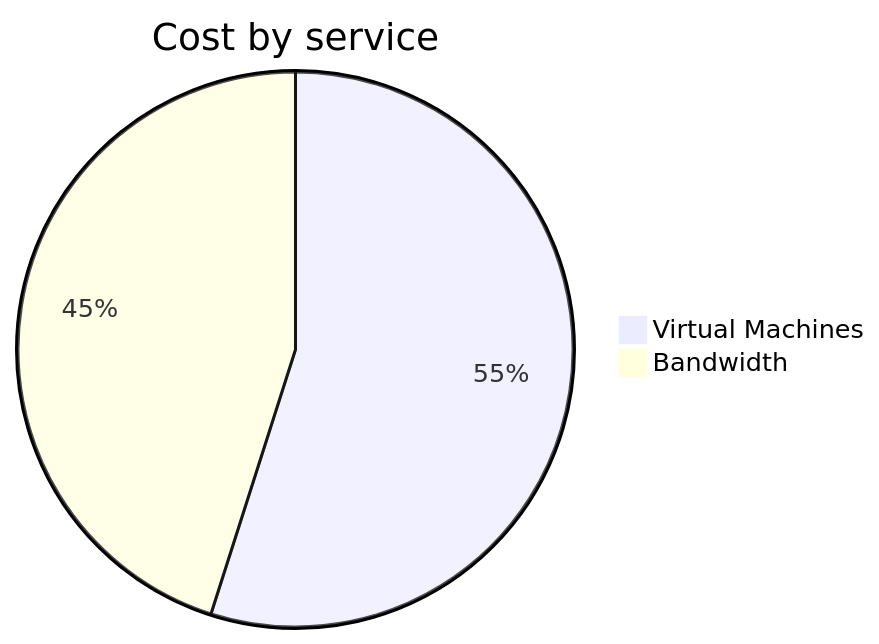
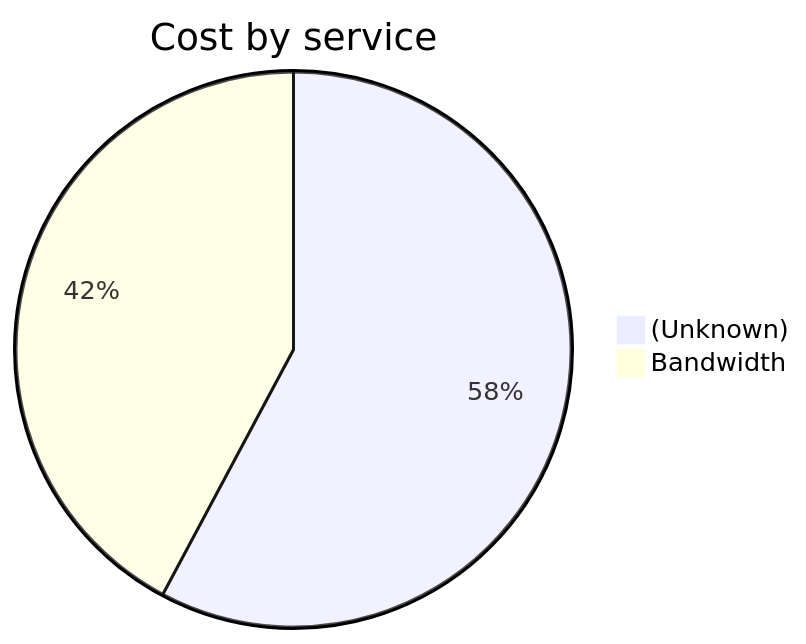
Before and after one commit to jpfulton/azure-personal-reports: the second of 4 diagrams in cost-reports/personal-network/vpn-server.md, drawn with Mermaid. The commit also changed other lines of this file and 8 other files, not shown here.

````diff
--- a/cost-reports/personal-network/vpn-server.md
+++ b/cost-reports/personal-network/vpn-server.md
@@ -96,6 +96,6 @@
 ```mermaid
 pie
    title Cost by service
-   "Virtual Machines" : 1.45
+   "(Unknown)" : 1.63
    "Bandwidth" : 1.19
 ```
````
